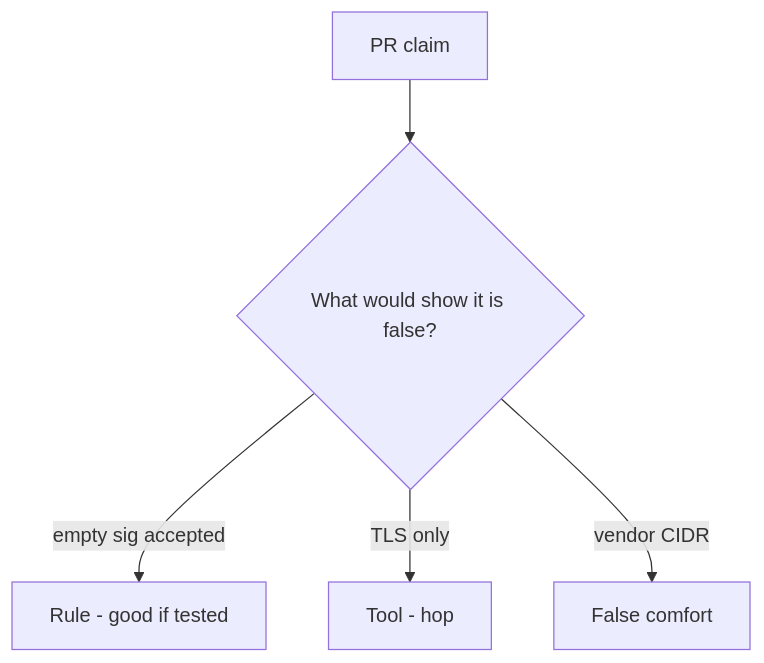
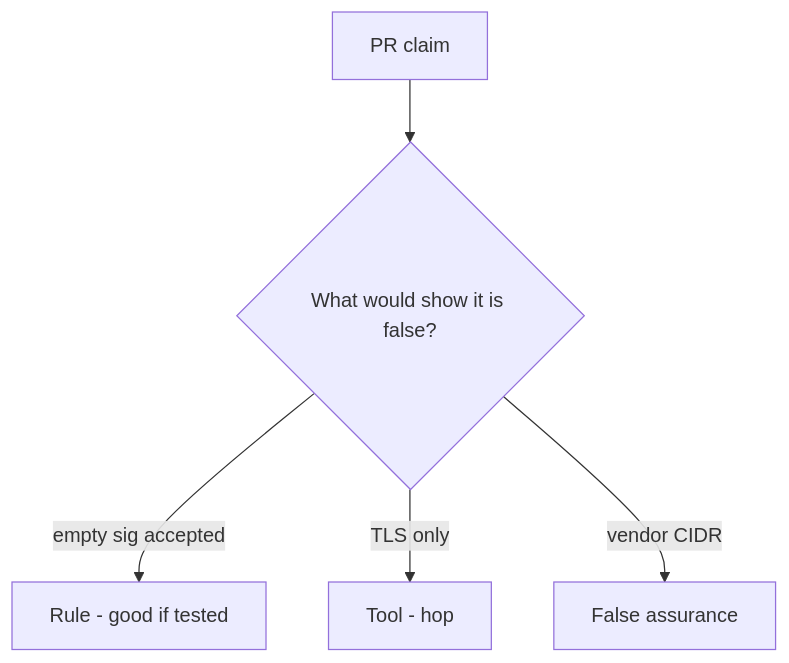
One commit to ishitvagoel/LearnSecurity changed the diagram in content/modules/7/7.3/lessons/08-review.md. Above: the diagram before and after it, drawn with Mermaid. The commit also changed other lines of this file and 240 other files, not shown here.

````diff
--- a/content/modules/7/7.3/lessons/08-review.md
+++ b/content/modules/7/7.3/lessons/08-review.md
@@ -18,7 +18,7 @@
 ```mermaid
 flowchart TD
   Claim[PR claim] --> Q{"What would show it is false?"}
   Q -->|empty sig accepted| Property["Rule - good if tested"]
   Q -->|TLS only| Mechanism[Tool - hop]
-  Q -->|vendor CIDR| False[False comfort]
+  Q -->|vendor CIDR| False[False assurance]
 ```
````
